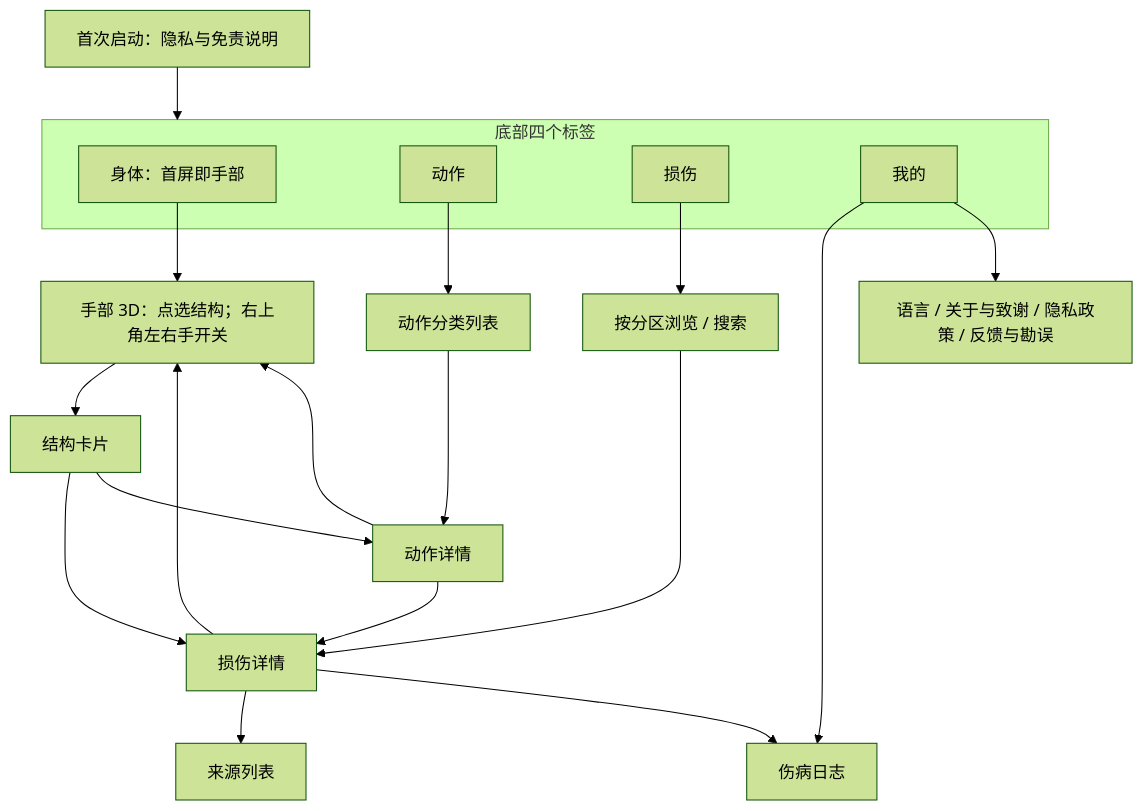
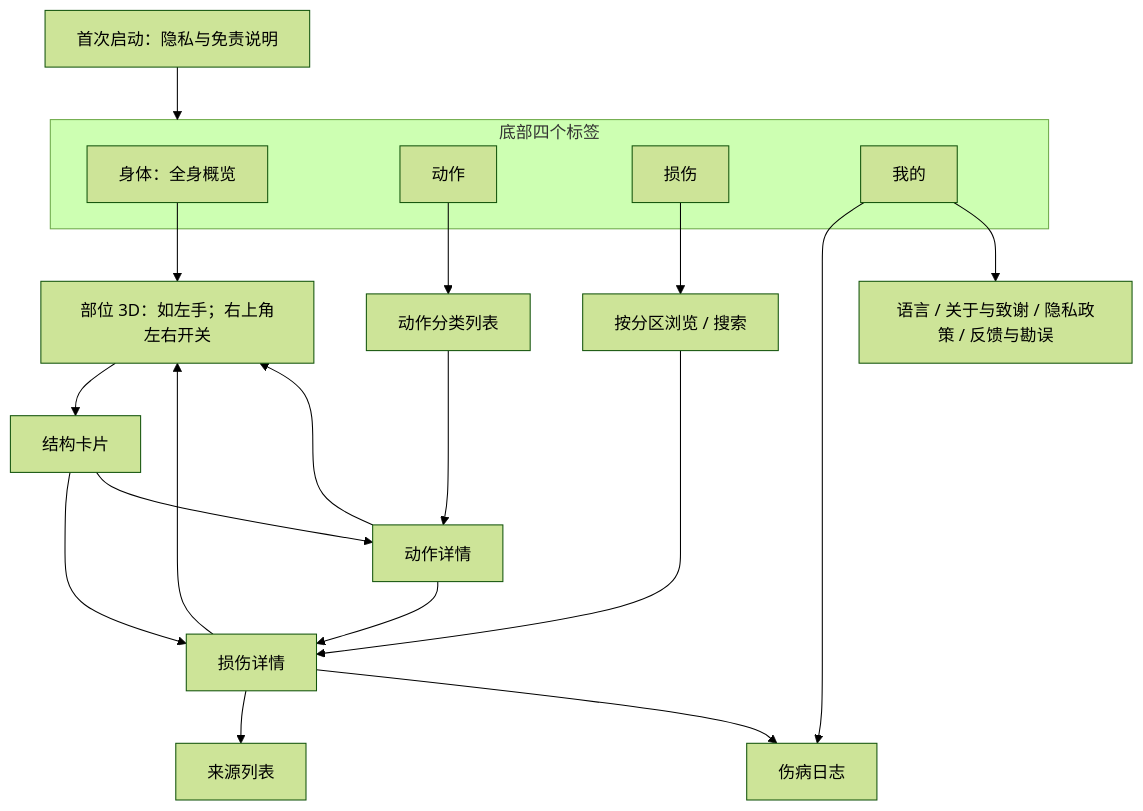
One commit to Saier218/body changed the diagram in docs/design/app-structure.md. Above: the diagram before and after it, drawn with Mermaid (forest theme). The commit also changed other lines of this file and 7 other files, not shown here.

````diff
--- a/docs/design/app-structure.md
+++ b/docs/design/app-structure.md
@@ -14,25 +14,25 @@
 ```mermaid
 flowchart TD
   L[首次启动：隐私与免责说明] --> T
   subgraph T[底部四个标签]
-    B[身体：首屏即手部]
+    B[身体：全身概览]
     M[动作]
     I[损伤]
     U[我的]
   end
-  B --> B2[手部 3D：点选结构；右上角左右手开关]
+  B --> B2[部位 3D：如左手；右上角左右开关]
   B2 --> S[结构卡片]
   S --> ID[损伤详情]
   S --> MD[动作详情]
   M --> M1[动作分类列表]
   M1 --> MD
   MD --> ID
   MD --> B2
   I --> I1[按分区浏览 / 搜索]
   I1 --> ID
   ID --> B2
   ID --> SRC[来源列表]
   U --> LOG[伤病日志]
   U --> SET[语言 / 关于与致谢 / 隐私政策 / 反馈与勘误]
   ID --> LOG
 ```
````
